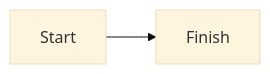
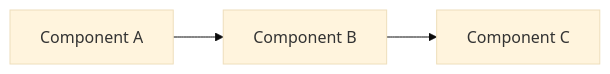
The diagram in docs/standards/markdown_rules.md (bartytime4life/Kansas-Frontier-Matrix), drawn with Mermaid (base theme) before and after one commit. The commit also changed other lines of this file, not shown here.

```diff
--- a/docs/standards/markdown_rules.md
+++ b/docs/standards/markdown_rules.md
@@ -203,4 +250,5 @@
 ~~~~~mermaid
 flowchart LR
-  A["Start"] --> B["Finish"]
+  A["Component A"] --> B["Component B"]
+  B --> C["Component C"]
 ~~~~~
```
